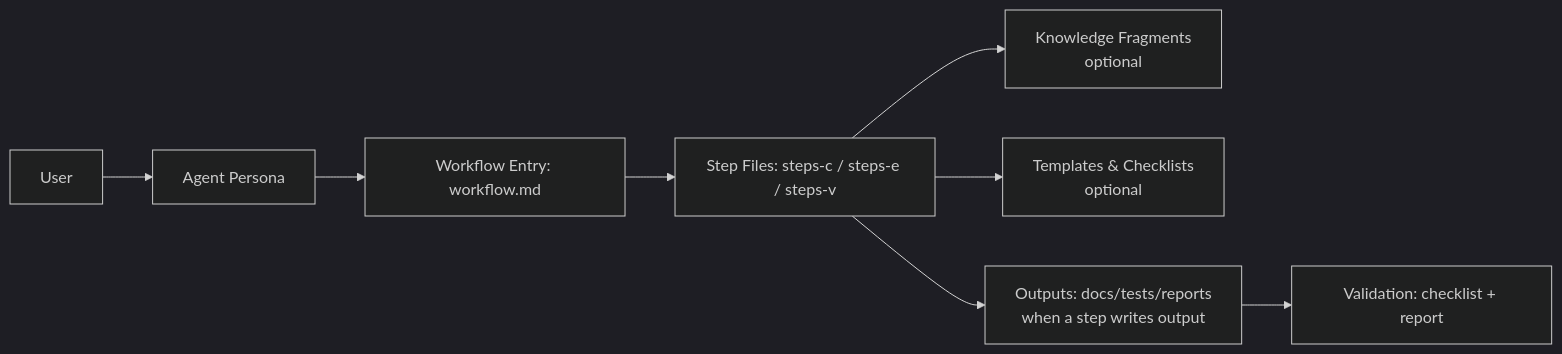
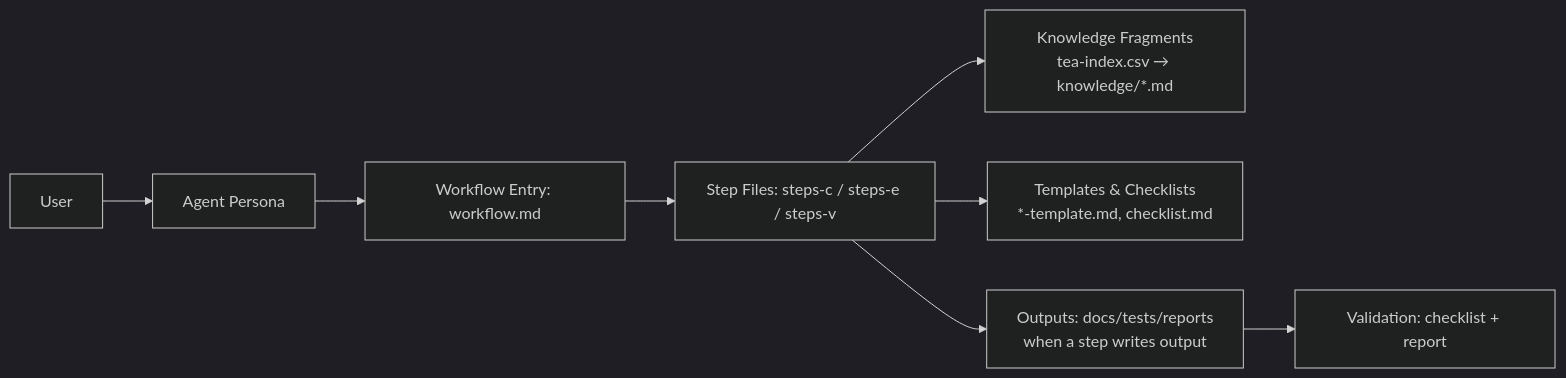
The diagram in README.md (bmad-code-org/bmad-method-test-architecture-enterprise), drawn with Mermaid (dark theme) before and after one commit. The commit also changed other lines of this file and 34 other files, not shown here.

````diff
--- a/README.md
+++ b/README.md
@@ -33,10 +44,10 @@
 ```mermaid
 flowchart LR
   U[User] --> A[Agent Persona]
   A --> W[Workflow Entry: workflow.md]
   W --> S[Step Files: steps-c / steps-e / steps-v]
-  S --> K[Knowledge Fragments<br/>optional]
-  S --> T[Templates & Checklists<br/>optional]
+  S --> K[Knowledge Fragments<br/>tea-index.csv → knowledge/*.md]
+  S --> T[Templates & Checklists<br/>*-template.md, checklist.md]
   S --> O[Outputs: docs/tests/reports<br/>when a step writes output]
   O --> V[Validation: checklist + report]
 ```
````
